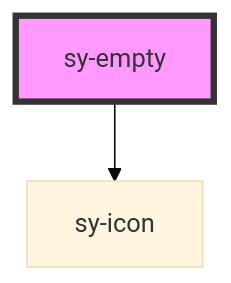
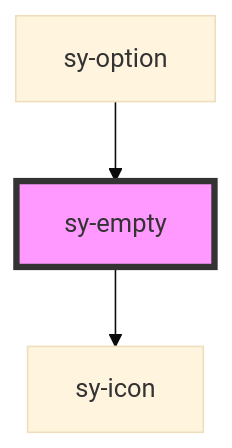
The diagram in design-system-light/src/components/empty/readme.md (ksrae/saida-design-system-components), drawn with Mermaid (base theme) before and after one commit. The commit also changed other lines of this file and 121 other files, not shown here.

````diff
--- a/design-system-light/src/components/empty/readme.md
+++ b/design-system-light/src/components/empty/readme.md
@@ -22,5 +26,6 @@
 ```mermaid
 graph TD;
   sy-empty --> sy-icon
+  sy-option --> sy-empty
   style sy-empty fill:#f9f,stroke:#333,stroke-width:4px
 ```
````
